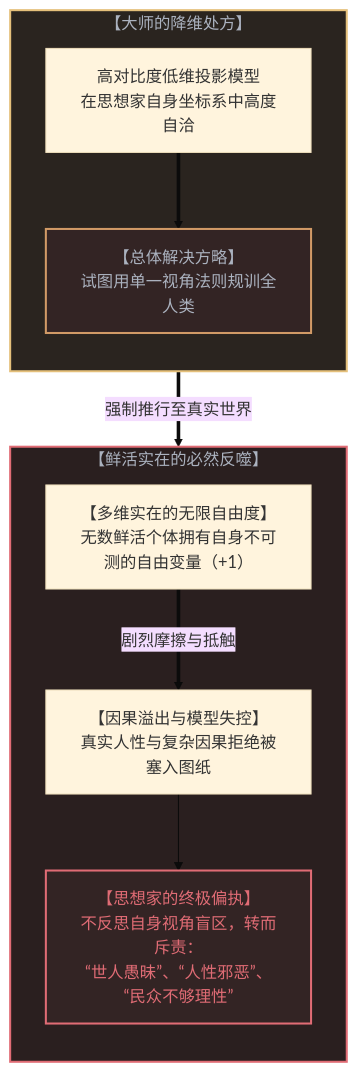
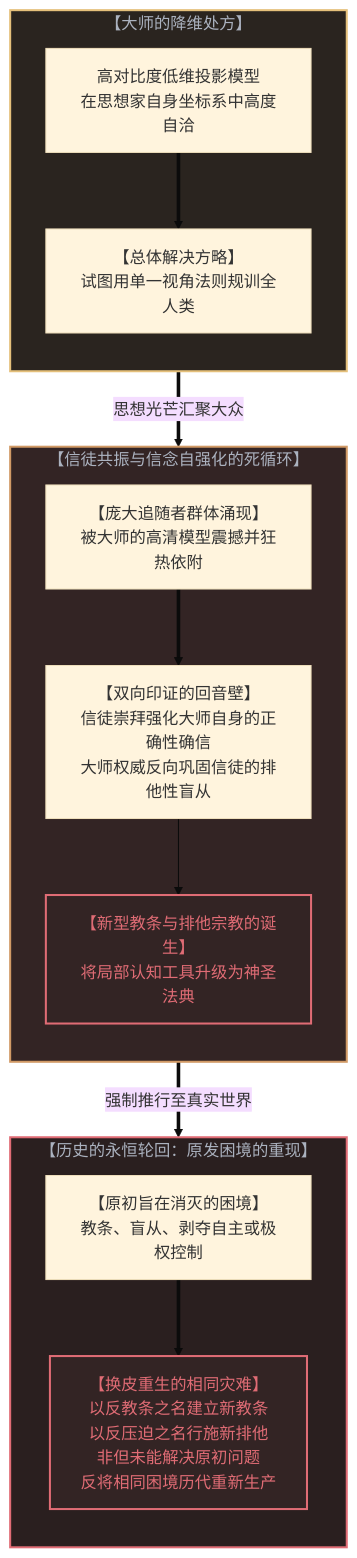
The seventh of 10 diagrams in content/posts/the-invisible-gods-eye.md (powerpig99/not-a-toe), drawn with Mermaid (base theme) before and after one commit. The commit also changed other lines of this file and 3 other files, not shown here.

Commit message:
Weave followership echo chamber and historical recurrence into Post 305

````diff
--- a/content/posts/the-invisible-gods-eye.md
+++ b/content/posts/the-invisible-gods-eye.md
@@ -291,26 +291,37 @@
 ```mermaid
 graph TD
     subgraph PrescriptiveBlueprint["【大师的降维处方】"]
         direction TB
         SharpMap["高对比度低维投影模型<br>在思想家自身坐标系中高度自洽"]
         UniversalFix["【总体解决方略】<br>试图用单一视角法则规训全人类"]
         SharpMap ==> UniversalFix
     end
 
-    UniversalFix ==>|"强制推行至真实世界"| CollisionField
+    UniversalFix ==>|"思想光芒汇聚大众"| FollowerLoop
 
-    subgraph CollisionField["【鲜活实在的必然反噬】"]
+    subgraph FollowerLoop["【信徒共振与信念自强化的死循环】"]
         direction TB
-        MultiDReality["【多维实在的无限自由度】<br>无数鲜活个体拥有自身不可测的自由变量（+1）"]
-        Leakage["【因果溢出与模型失控】<br>真实人性与复杂因果拒绝被塞入图纸"]
-        TragicScapegoat["【思想家的终极偏执】<br>不反思自身视角盲区，转而斥责：<br>“世人愚昧”、“人性邪恶”、“民众不够理性”"]
+        MassFollowing["【庞大追随者群体涌现】<br>被大师的高清模型震撼并狂热依附"]
+        SelfReinforcement["【双向印证的回音壁】<br>信徒崇拜强化大师自身的正确性确信<br>大师权威反向巩固信徒的排他性盲从"]
+        NewOrthodoxy["【新型教条与排他宗教的诞生】<br>将局部认知工具升级为神圣法典"]
 
-        MultiDReality ==>|"剧烈摩擦与抵触"| Leakage
-        Leakage --> TragicScapegoat
+        MassFollowing ==> SelfReinforcement
+        SelfReinforcement --> NewOrthodoxy
+    end
+
+    NewOrthodoxy ==>|"强制推行至真实世界"| HistoricalTragedy
+
+    subgraph HistoricalTragedy["【历史的永恒轮回：原发困境的重现】"]
+        direction TB
+        OriginalAim["【原初旨在消灭的困境】<br>教条、盲从、剥夺自主或极权控制"]
+        Recurrence["【换皮重生的相同灾难】<br>以反教条之名建立新教条<br>以反压迫之名行施新排他<br>非但未能解决原初问题<br>反将相同困境历代重新生产"]
+
+        OriginalAim ==> Recurrence
     end
 
     style PrescriptiveBlueprint fill:#2a241f,stroke:#e5c07b,stroke-width:2px,color:#abb2bf
-    style CollisionField fill:#2a1f1f,stroke:#e06c75,stroke-width:2px,color:#abb2bf
-    style UniversalFix fill:#332424,stroke:#d19a66,stroke-width:2px,color:#abb2bf
-    style TragicScapegoat fill:#332424,stroke:#e06c75,stroke-width:2px,color:#e06c75
+    style FollowerLoop fill:#332424,stroke:#d19a66,stroke-width:2px,color:#abb2bf
+    style HistoricalTragedy fill:#2a1f1f,stroke:#e06c75,stroke-width:2px,color:#abb2bf
+    style NewOrthodoxy fill:#332424,stroke:#e06c75,stroke-width:2px,color:#e06c75
+    style Recurrence fill:#332424,stroke:#e06c75,stroke-width:2px,color:#e06c75
 ```
````
